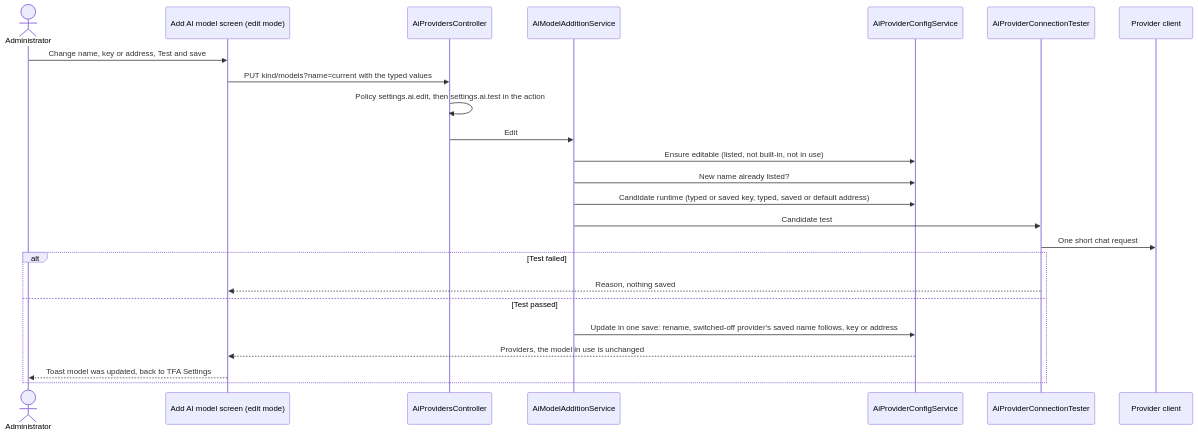
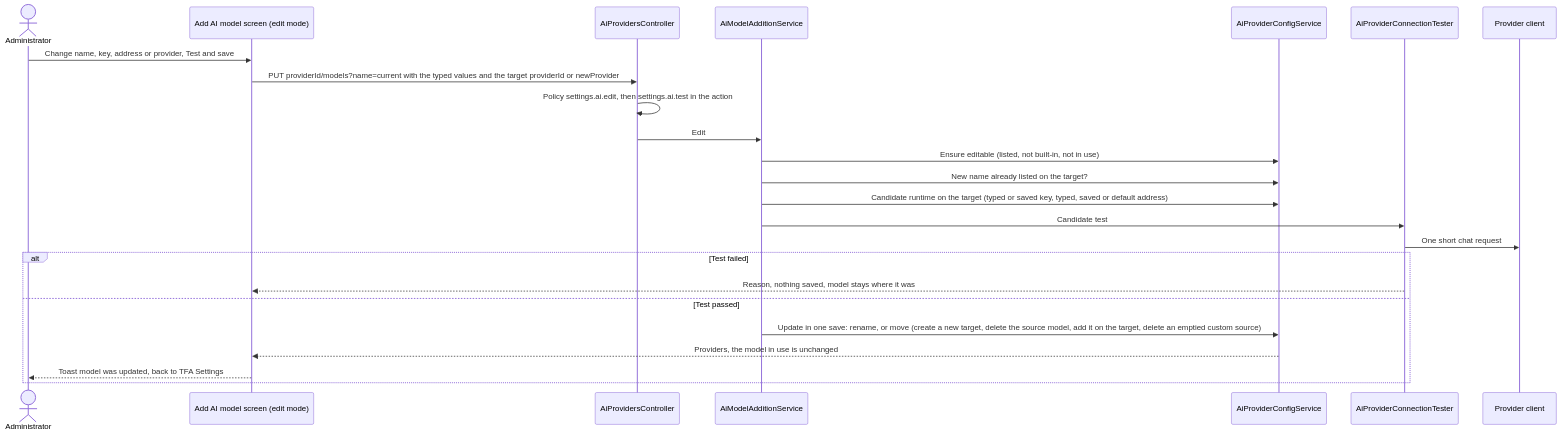
One commit to jojogeorge3344/TaskFlow-Project changed the eighth of 9 diagrams in TF - Documents/TF - HLD/06-Settings/06.3-TFA-Settings/HLD-TFA-Settings.md. Above: the diagram before and after it, drawn with Mermaid. The commit also changed other lines of this file and 8 other files, not shown here.

````diff
--- a/TF - Documents/TF - HLD/06-Settings/06.3-TFA-Settings/HLD-TFA-Settings.md
+++ b/TF - Documents/TF - HLD/06-Settings/06.3-TFA-Settings/HLD-TFA-Settings.md
@@ -412,26 +447,26 @@
 ```mermaid
 sequenceDiagram
   actor A as Administrator
   participant ED as Add AI model screen (edit mode)
   participant API as AiProvidersController
   participant M as AiModelAdditionService
   participant CFG as AiProviderConfigService
   participant T as AiProviderConnectionTester
   participant P as Provider client
-  A->>ED: Change name, key or address, Test and save
-  ED->>API: PUT kind/models?name=current with the typed values
+  A->>ED: Change name, key, address or provider, Test and save
+  ED->>API: PUT providerId/models?name=current with the typed values and the target providerId or newProvider
   API->>API: Policy settings.ai.edit, then settings.ai.test in the action
   API->>M: Edit
   M->>CFG: Ensure editable (listed, not built-in, not in use)
-  M->>CFG: New name already listed?
-  M->>CFG: Candidate runtime (typed or saved key, typed, saved or default address)
+  M->>CFG: New name already listed on the target?
+  M->>CFG: Candidate runtime on the target (typed or saved key, typed, saved or default address)
   M->>T: Candidate test
   T->>P: One short chat request
   alt Test failed
-    T-->>ED: Reason, nothing saved
+    T-->>ED: Reason, nothing saved, model stays where it was
   else Test passed
-    M->>CFG: Update in one save: rename, switched-off provider's saved name follows, key or address
+    M->>CFG: Update in one save: rename, or move (create a new target, delete the source model, add it on the target, delete an emptied custom source)
     CFG-->>ED: Providers, the model in use is unchanged
     ED-->>A: Toast model was updated, back to TFA Settings
   end
 ```
````
